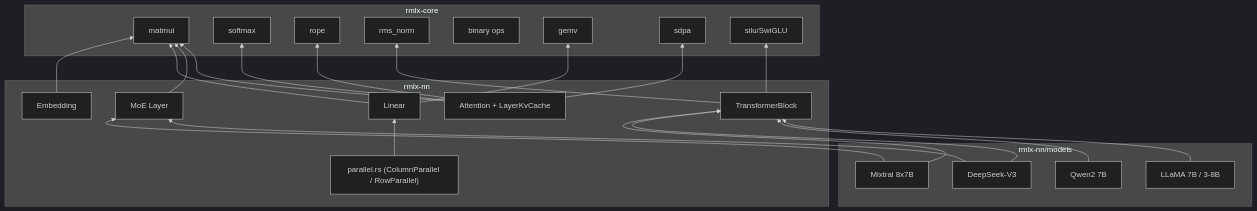
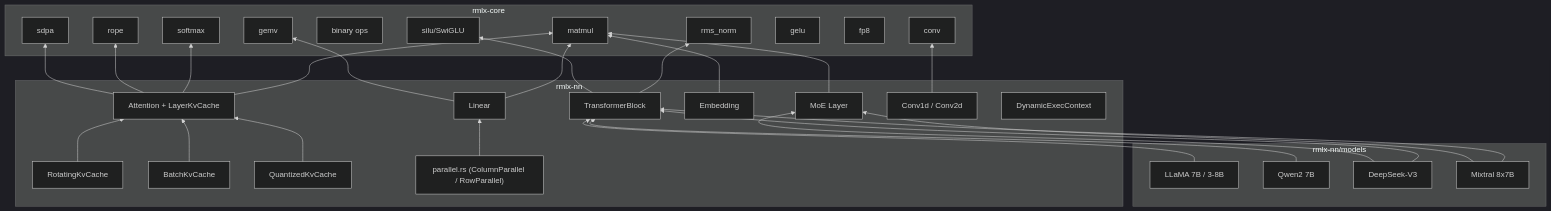
The diagram in docs/crates/rmlx-nn.md (0xDaizz/RMLX), drawn with Mermaid (dark theme) before and after one commit. The commit also changed other lines of this file and 30 other files, not shown here.

````diff
--- a/docs/crates/rmlx-nn.md
+++ b/docs/crates/rmlx-nn.md
@@ -417,48 +574,60 @@
 ```mermaid
 graph BT
     subgraph "rmlx-nn"
         TB[TransformerBlock]
         ATT[Attention + LayerKvCache]
+        ROTCACHE[RotatingKvCache]
+        BATCHCACHE[BatchKvCache]
+        QCACHE[QuantizedKvCache]
         MOE[MoE Layer]
         EMB[Embedding]
         LIN[Linear]
+        CONV["Conv1d / Conv2d"]
+        DYN[DynamicExecContext]
         PAR["parallel.rs (ColumnParallel / RowParallel)"]
     end
 
     subgraph "rmlx-nn/models"
         LLAMA[LLaMA 7B / 3-8B]
         QWEN[Qwen2 7B]
         DS[DeepSeek-V3]
         MIX[Mixtral 8x7B]
     end
 
     subgraph "rmlx-core"
         MATMUL[matmul]
         SOFTMAX[softmax]
         ROPE[rope]
         RMSNORM[rms_norm]
         BINARY[binary ops]
         GEMV[gemv]
         SDPA[sdpa]
         SILU[silu/SwiGLU]
+        GELU[gelu]
+        FP8[fp8]
+        CONVOP[conv]
     end
 
     ATT --> MATMUL
     ATT --> SOFTMAX
     ATT --> ROPE
     ATT --> SDPA
+    ROTCACHE --> ATT
+    BATCHCACHE --> ATT
+    QCACHE --> ATT
     MOE --> MATMUL
     LIN --> MATMUL
     LIN --> GEMV
+    CONV --> CONVOP
     PAR --> LIN
     TB --> RMSNORM
     TB --> SILU
     EMB --> MATMUL
 
     LLAMA --> TB
     QWEN --> TB
     DS --> TB
     DS --> MOE
     MIX --> TB
     MIX --> MOE
 ```
````
